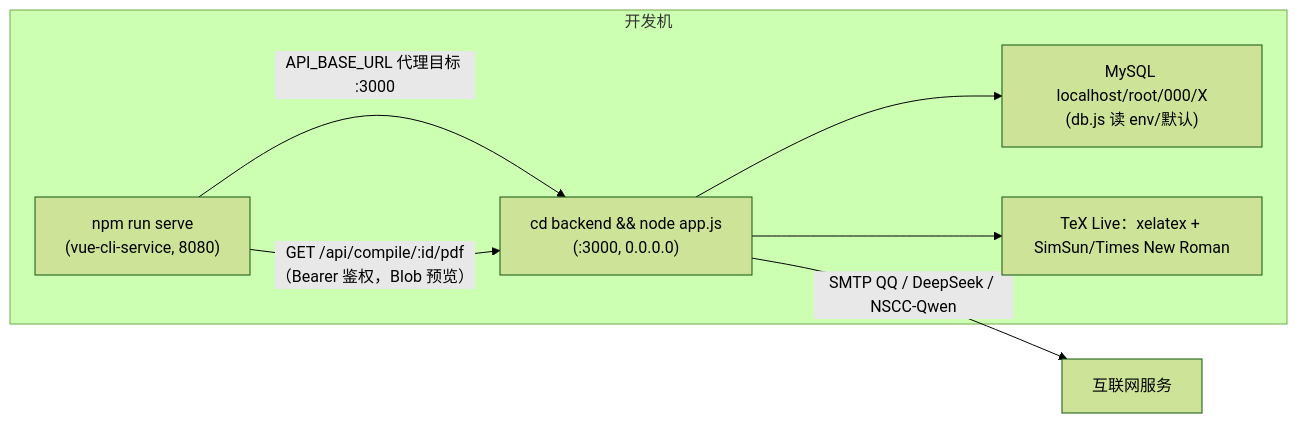
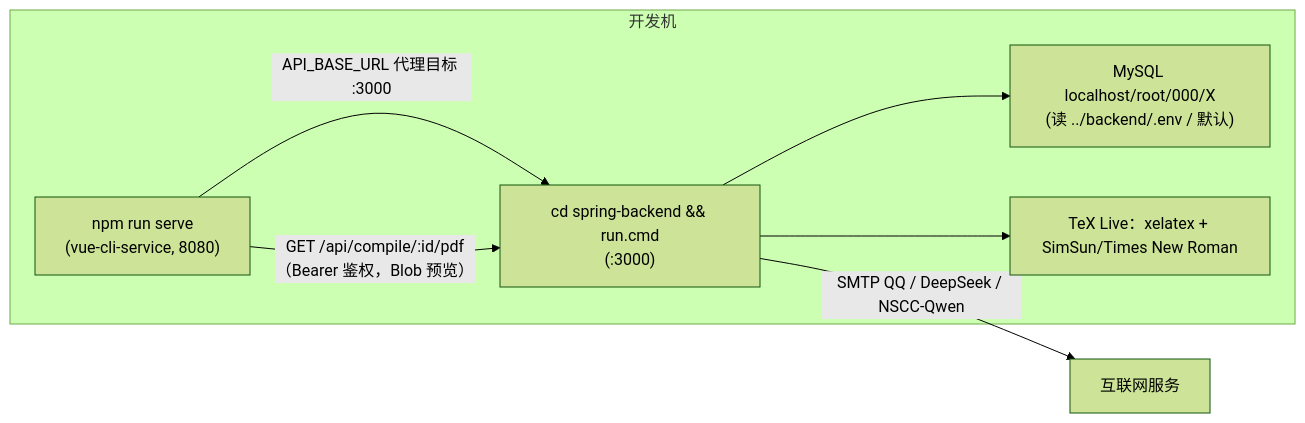
One commit to ljb202510/PGFPlotsGenerator changed the second of 8 diagrams in docs/architecture.md. Above: the diagram before and after it, drawn with Mermaid (forest theme). The commit also changed other lines of this file and 660 other files, not shown here.

````diff
--- a/docs/architecture.md
+++ b/docs/architecture.md
@@ -77,14 +77,14 @@
 ```mermaid
 flowchart LR
     subgraph Dev["开发机"]
         FE["npm run serve<br/>(vue-cli-service, 8080)"]
-        BE["cd backend && node app.js<br/>(:3000, 0.0.0.0)"]
-        MYSQL_LOCAL["MySQL localhost/root/000/X<br/>(db.js 读 env/默认)"]
+        BE["cd spring-backend && run.cmd<br/>(:3000)"]
+        MYSQL_LOCAL["MySQL localhost/root/000/X<br/>(读 ../backend/.env / 默认)"]
         TEX_LOCAL["TeX Live：xelatex + SimSun/Times New Roman"]
     end
     FE -- "API_BASE_URL 代理目标 :3000" --> BE
     BE --> MYSQL_LOCAL
     BE --> TEX_LOCAL
     FE -- "GET /api/compile/:id/pdf（Bearer 鉴权，Blob 预览）" --> BE
     BE -- "SMTP QQ / DeepSeek / NSCC-Qwen" --> EXT["互联网服务"]
 ```
````
